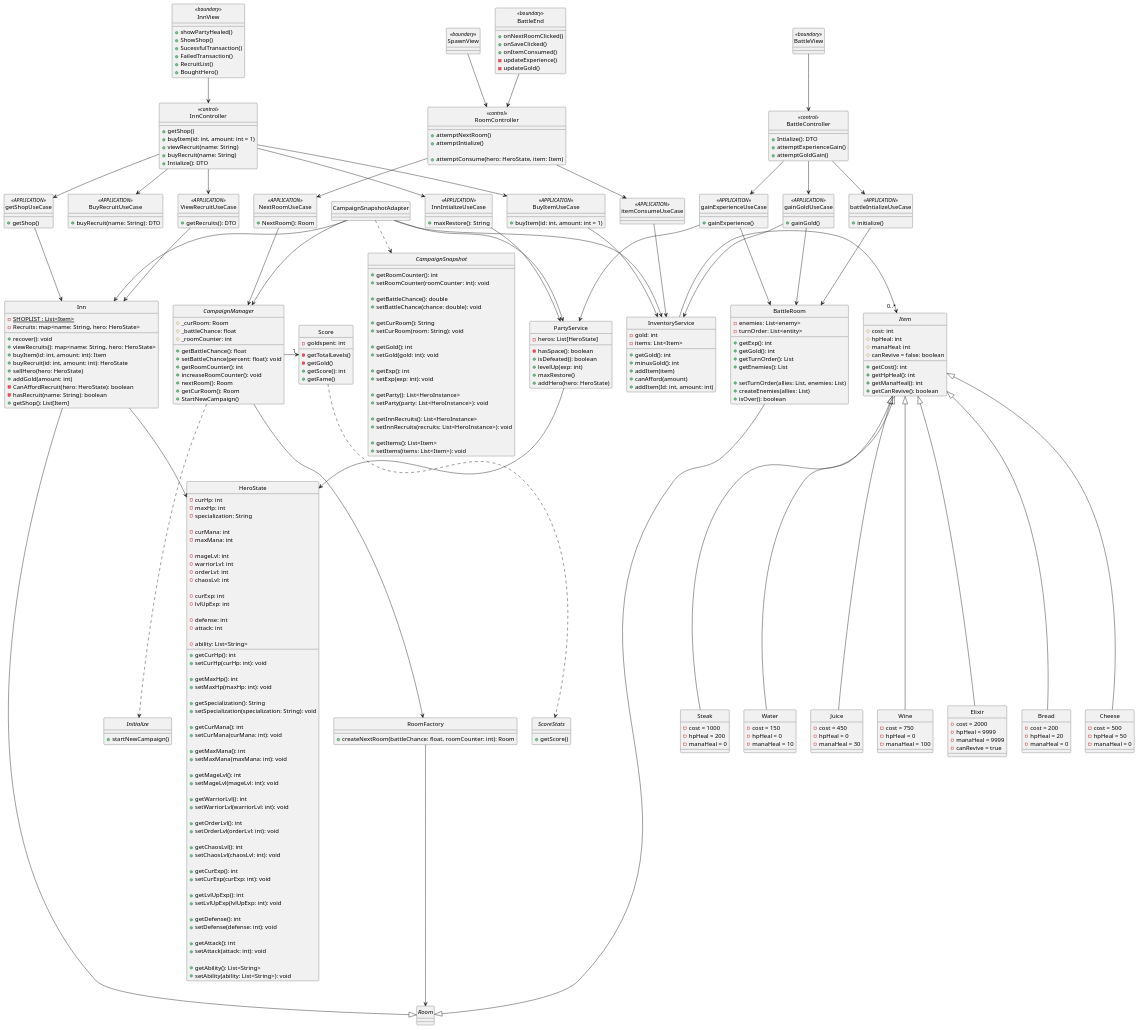
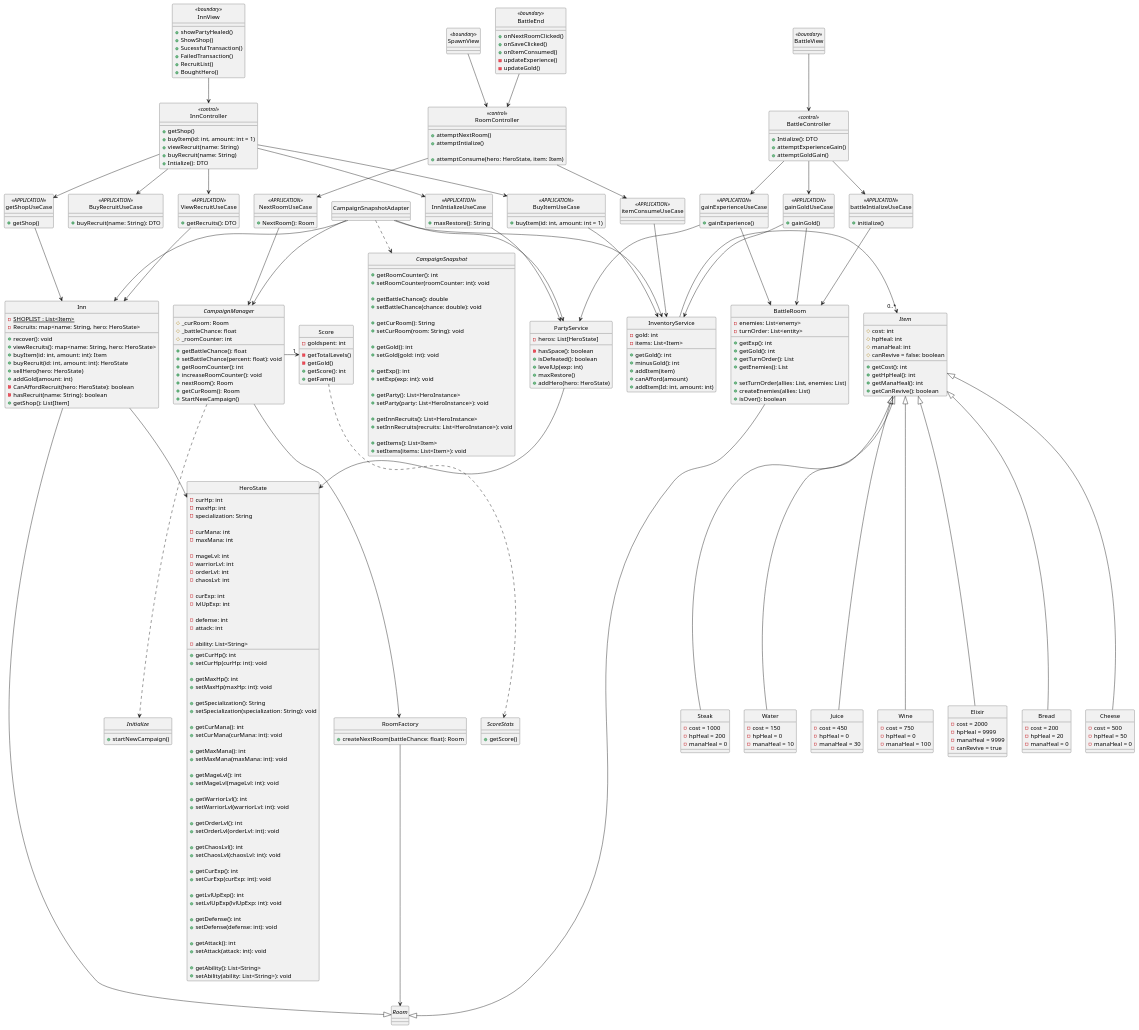
One commit to JosefG50/2203-Legends-of-Sword-and-Wand changed the diagram in rpg-legends/campaign-progression/docs/uml/services/class/inn.puml. Above: the diagram before and after it, drawn with PlantUML. The commit also changed 3 other files, not shown here.

```diff
--- a/rpg-legends/campaign-progression/docs/uml/services/class/inn.puml
+++ b/rpg-legends/campaign-progression/docs/uml/services/class/inn.puml
@@ -296,7 +296,7 @@
 }
 
 class RoomFactory{
-    + createNextRoom(battleChance: float, roomCounter: int): Room
+    + createNextRoom(battleChance: float): Room
 }
 
 CampaignManager --> RoomFactory
```
